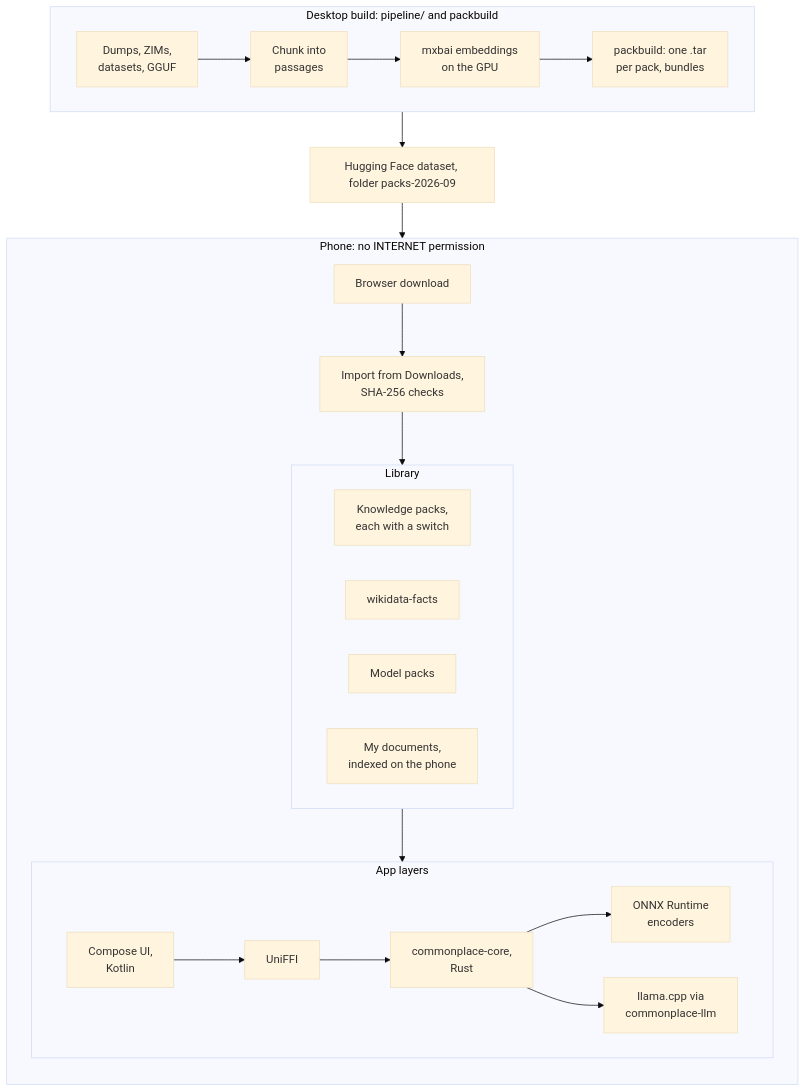
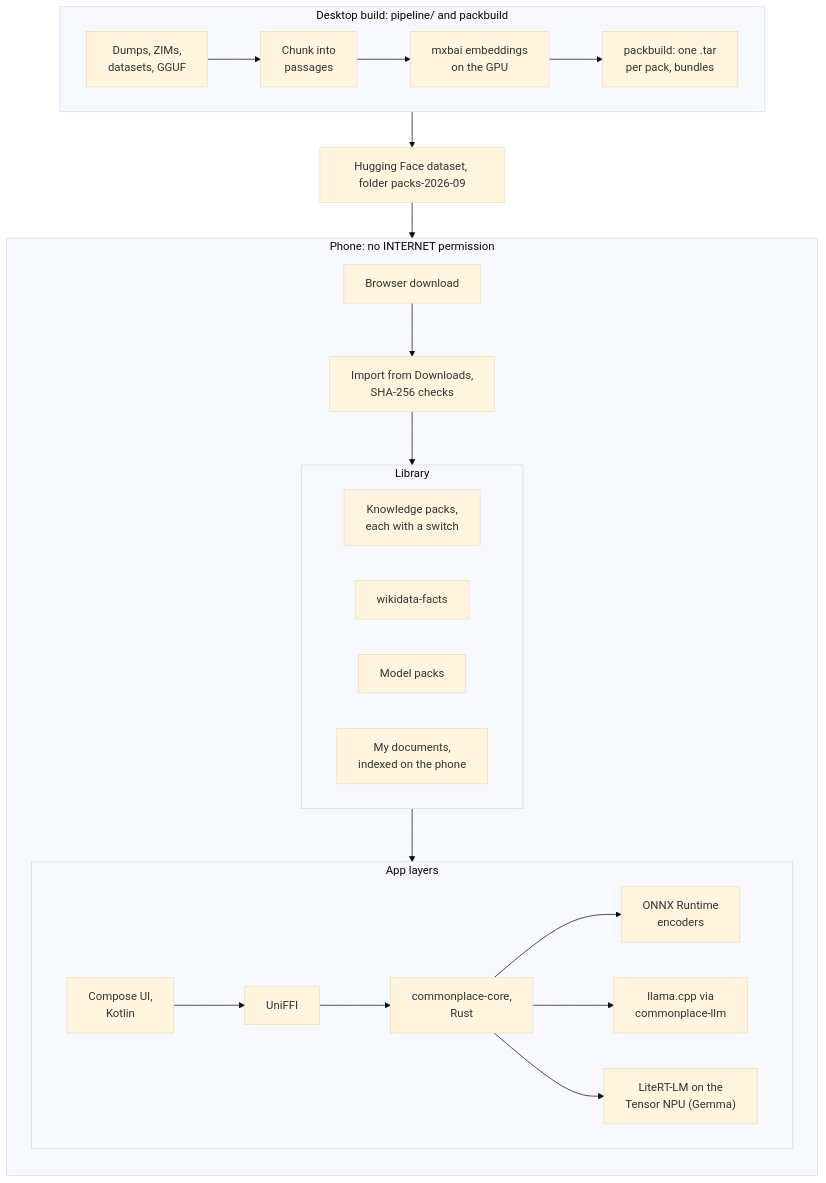
One commit to 0xPD33/commonplace changed the fourth of 5 diagrams in README.md. Above: the diagram before and after it, drawn with Mermaid (base theme). The commit also changed other lines of this file, not shown here.

First line of the commit message:
Show the Gemma fast path in the README

````diff
--- a/README.md
+++ b/README.md
@@ -166,28 +168,29 @@
 ```mermaid
 flowchart TB
   subgraph Desktop["Desktop build: pipeline/ and packbuild"]
     direction LR
     SRC["Dumps, ZIMs,<br/>datasets, GGUF"] --> CHUNK["Chunk into<br/>passages"] --> EMB["mxbai embeddings<br/>on the GPU"] --> PB["packbuild: one .tar<br/>per pack, bundles"]
   end
   PB --> HF["Hugging Face dataset, folder packs-2026-09"]
   HF --> BR
   subgraph Phone["Phone: no INTERNET permission"]
     direction TB
     BR["Browser download"] --> SAF["Import from Downloads,<br/>SHA-256 checks"]
     SAF --> LIB
     subgraph LIB["Library"]
       direction LR
       KP["Knowledge packs,<br/>each with a switch"]
       WD["wikidata-facts"]
       MP["Model packs"]
       UD["My documents,<br/>indexed on the phone"]
     end
     LIB --> CORE
     subgraph App["App layers"]
       direction LR
       UI["Compose UI,<br/>Kotlin"] --> FFI["UniFFI"] --> CORE["commonplace-core,<br/>Rust"]
       CORE --> ORT["ONNX Runtime<br/>encoders"]
       CORE --> LLM["llama.cpp via<br/>commonplace-llm"]
+      CORE --> LRT["LiteRT-LM on the<br/>Tensor NPU (Gemma)"]
     end
   end
 ```
````
